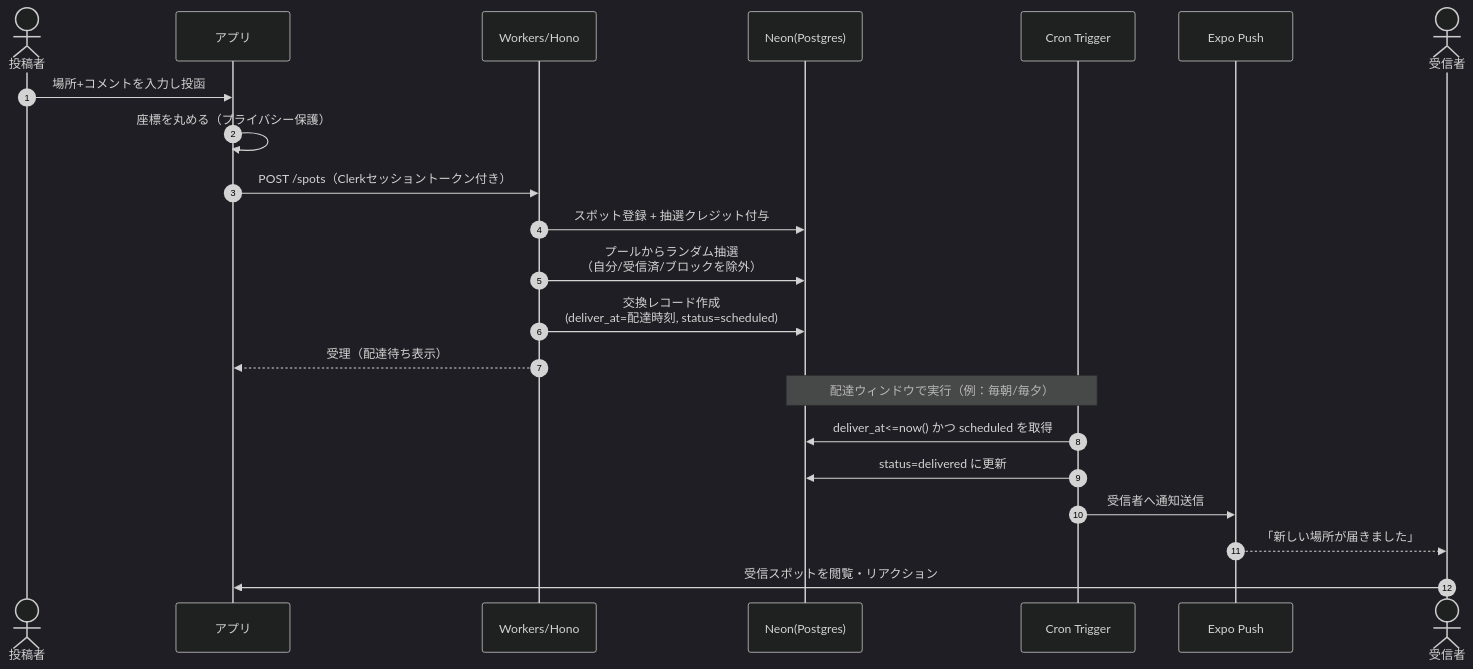
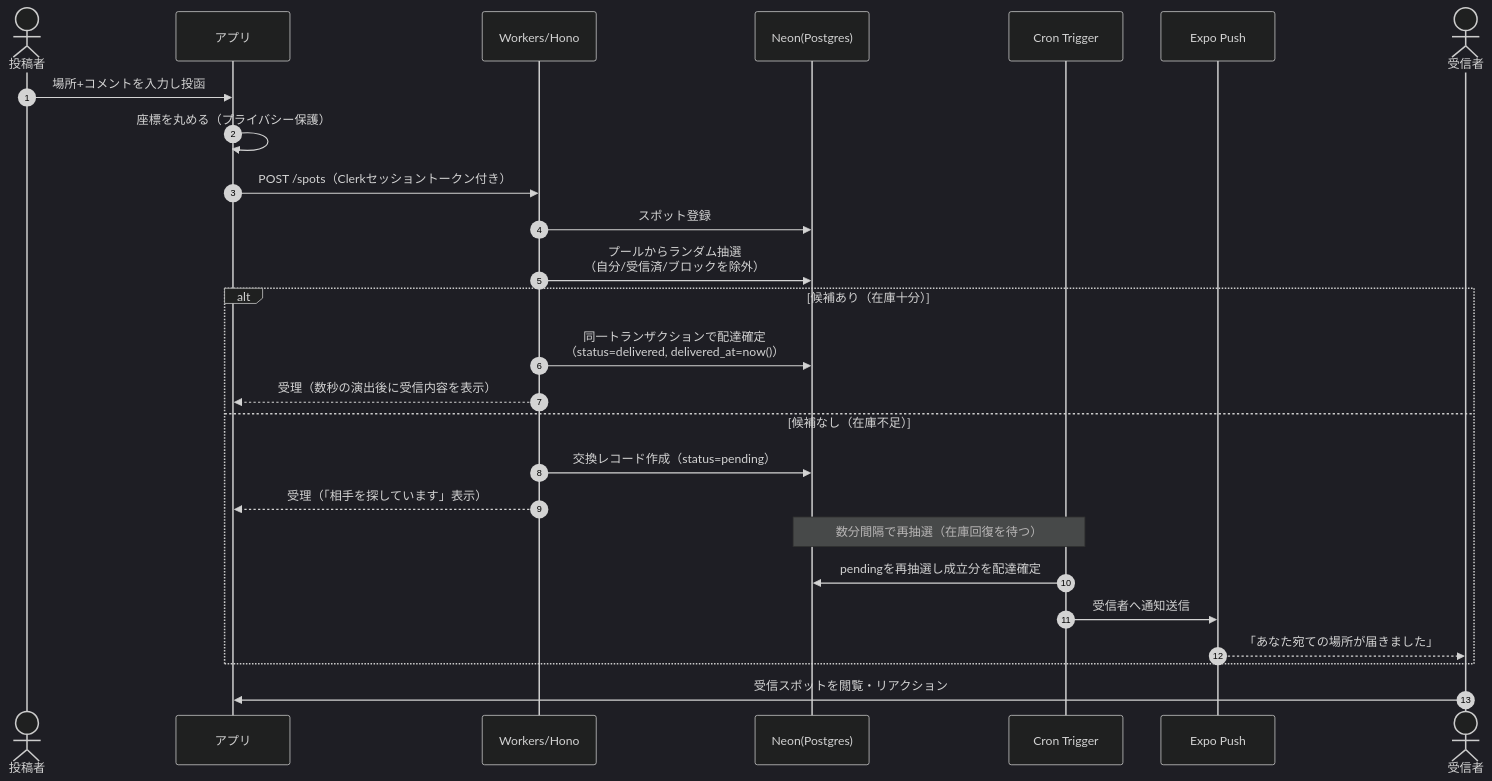
One commit to yasudaProduct/machibin changed the second of 4 diagrams in docs/02_architecture.md. Above: the diagram before and after it, drawn with Mermaid (dark theme). The commit also changed other lines of this file and 11 other files, not shown here.

````diff
--- a/docs/02_architecture.md
+++ b/docs/02_architecture.md
@@ -175,25 +176,29 @@
 ```mermaid
 sequenceDiagram
     autonumber
     actor U as 投稿者
     participant App as アプリ
     participant API as Workers/Hono
     participant DB as Neon(Postgres)
     participant Cron as Cron Trigger
     participant Push as Expo Push
     actor R as 受信者
 
     U->>App: 場所+コメントを入力し投函
     App->>App: 座標を丸める（プライバシー保護）
     App->>API: POST /spots（Clerkセッショントークン付き）
-    API->>DB: スポット登録 + 抽選クレジット付与
+    API->>DB: スポット登録
     API->>DB: プールからランダム抽選<br/>（自分/受信済/ブロックを除外）
-    API->>DB: 交換レコード作成<br/>(deliver_at=配達時刻, status=scheduled)
-    API-->>App: 受理（配達待ち表示）
-    Note over Cron,DB: 配達ウィンドウで実行（例：毎朝/毎夕）
-    Cron->>DB: deliver_at<=now() かつ scheduled を取得
-    Cron->>DB: status=delivered に更新
-    Cron->>Push: 受信者へ通知送信
-    Push-->>R: 「新しい場所が届きました」
+    alt 候補あり（在庫十分）
+        API->>DB: 同一トランザクションで配達確定<br/>（status=delivered, delivered_at=now()）
+        API-->>App: 受理（数秒の演出後に受信内容を表示）
+    else 候補なし（在庫不足）
+        API->>DB: 交換レコード作成（status=pending）
+        API-->>App: 受理（「相手を探しています」表示）
+        Note over Cron,DB: 数分間隔で再抽選（在庫回復を待つ）
+        Cron->>DB: pendingを再抽選し成立分を配達確定
+        Cron->>Push: 受信者へ通知送信
+        Push-->>R: 「あなた宛ての場所が届きました」
+    end
     R->>App: 受信スポットを閲覧・リアクション
 ```
````
